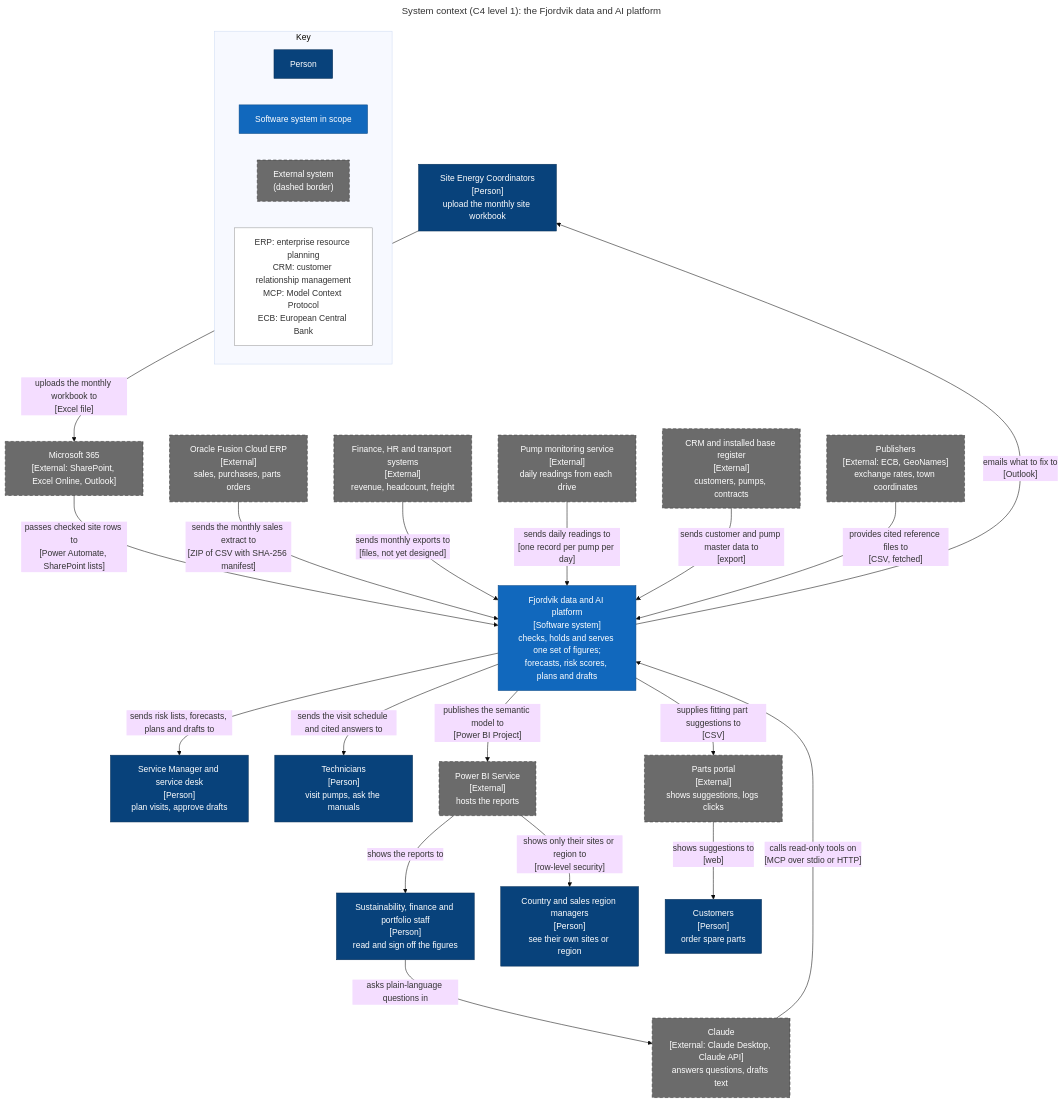
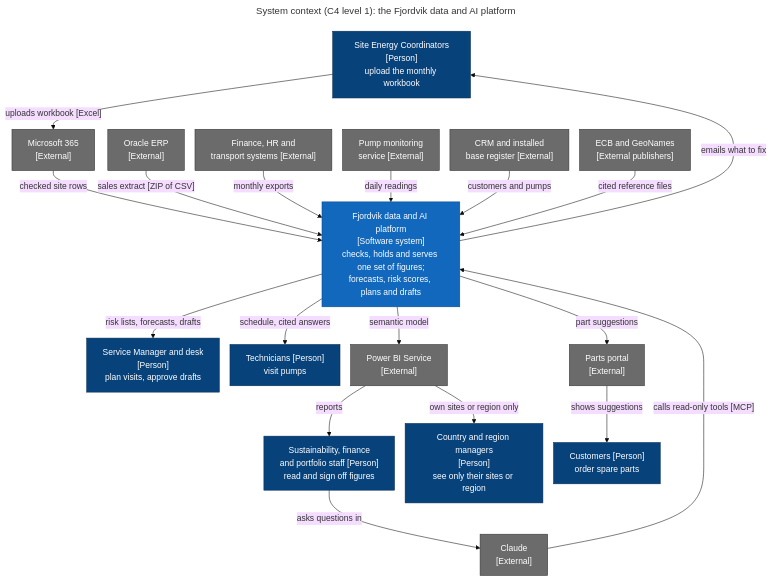
One commit to voneeci/fjordvik changed the second of 5 diagrams in docs/architecture.md. Above: the diagram before and after it, drawn with Mermaid (base theme). The commit also changed other lines of this file and 5 other files, not shown here.

First line of the commit message:
docs: concepts and methods, plant data flow, business names on drawings

````diff
--- a/docs/architecture.md
+++ b/docs/architecture.md
@@ -31,55 +150,52 @@
 ```mermaid
 ---
+config:
+  flowchart:
+    nodeSpacing: 20
+    rankSpacing: 35
 title: "System context (C4 level 1): the Fjordvik data and AI platform"
 ---
 flowchart TB
+    accTitle: System context of the Fjordvik data and AI platform
+    accDescr: Six groups of people and nine external systems around one platform. Site energy coordinators upload workbooks through Microsoft 365; the ERP, finance, HR and transport systems, the pump monitoring service, the CRM and two publishers send data in; the platform publishes to the Power BI Service, answers Claude's read-only tool calls, sends risk lists and drafts to the service team, schedules and answers to technicians, and part suggestions to the parts portal.
     classDef person fill:#08427b,color:#ffffff,stroke:#052e56
     classDef system fill:#1168bd,color:#ffffff,stroke:#0b4884
-    classDef external fill:#6b6b6b,color:#ffffff,stroke:#333333,stroke-dasharray:6 4
-    classDef note fill:#ffffff,color:#333333,stroke:#999999
+    classDef external fill:#6b6b6b,color:#ffffff,stroke:#333333
 
-    subgraph KEY["Key"]
-        direction LR
-        K1["Person"]:::person
-        K2["Software system in scope"]:::system
-        K3["External system<br/>(dashed border)"]:::external
-        K4["ERP: enterprise resource planning<br/>CRM: customer relationship management<br/>MCP: Model Context Protocol<br/>ECB: European Central Bank"]:::note
-    end
-
-    SEC["Site Energy Coordinators<br/>[Person]<br/>upload the monthly site workbook"]:::person
-    OFFICE["Sustainability, finance and portfolio staff<br/>[Person]<br/>read and sign off the figures"]:::person
-    MGR["Country and sales region managers<br/>[Person]<br/>see their own sites or region"]:::person
-    SVC["Service Manager and service desk<br/>[Person]<br/>plan visits, approve drafts"]:::person
-    TECH["Technicians<br/>[Person]<br/>visit pumps, ask the manuals"]:::person
-    CUST["Customers<br/>[Person]<br/>order spare parts"]:::person
+    SEC["Site Energy Coordinators<br/>[Person]<br/>upload the monthly workbook"]:::person
+    OFFICE["Sustainability, finance<br/>and portfolio staff [Person]<br/>read and sign off figures"]:::person
+    MGR["Country and region managers<br/>[Person]<br/>see only their sites or region"]:::person
+    SVC["Service Manager and desk<br/>[Person]<br/>plan visits, approve drafts"]:::person
+    TECH["Technicians [Person]<br/>visit pumps"]:::person
+    CUST["Customers [Person]<br/>order spare parts"]:::person
 
     P["Fjordvik data and AI platform<br/>[Software system]<br/>checks, holds and serves one set of figures;<br/>forecasts, risk scores, plans and drafts"]:::system
 
-    M365["Microsoft 365<br/>[External: SharePoint, Excel Online, Outlook]"]:::external
-    ERP["Oracle Fusion Cloud ERP<br/>[External]<br/>sales, purchases, parts orders"]:::external
-    FINHR["Finance, HR and transport systems<br/>[External]<br/>revenue, headcount, freight"]:::external
-    MON["Pump monitoring service<br/>[External]<br/>daily readings from each drive"]:::external
-    CRM["CRM and installed base register<br/>[External]<br/>customers, pumps, contracts"]:::external
-    PUB["Publishers<br/>[External: ECB, GeoNames]<br/>exchange rates, town coordinates"]:::external
-    PBI["Power BI Service<br/>[External]<br/>hosts the reports"]:::external
-    CLAUDE["Claude<br/>[External: Claude Desktop, Claude API]<br/>answers questions, drafts text"]:::external
-    PORTAL["Parts portal<br/>[External]<br/>shows suggestions, logs clicks"]:::external
+    M365["Microsoft 365<br/>[External]"]:::external
+    ERP["Oracle ERP<br/>[External]"]:::external
+    FINHR["Finance, HR and<br/>transport systems [External]"]:::external
+    MON["Pump monitoring<br/>service [External]"]:::external
+    CRM["CRM and installed<br/>base register [External]"]:::external
+    PUB["ECB and GeoNames<br/>[External publishers]"]:::external
+    PBI["Power BI Service<br/>[External]"]:::external
+    CLAUDE["Claude<br/>[External]"]:::external
+    PORTAL["Parts portal<br/>[External]"]:::external
 
-    SEC -->|"uploads the monthly workbook to<br/>[Excel file]"| M365
-    M365 -->|"passes checked site rows to<br/>[Power Automate, SharePoint lists]"| P
-    P -->|"emails what to fix to<br/>[Outlook]"| SEC
-    ERP -->|"sends the monthly sales extract to<br/>[ZIP of CSV with SHA-256 manifest]"| P
-    FINHR -->|"sends monthly exports to<br/>[files, not yet designed]"| P
-    MON -->|"sends daily readings to<br/>[one record per pump per day]"| P
-    CRM -->|"sends customer and pump master data to<br/>[export]"| P
-    PUB -->|"provides cited reference files to<br/>[CSV, fetched]"| P
-    P -->|"publishes the semantic model to<br/>[Power BI Project]"| PBI
-    PBI -->|"shows the reports to"| OFFICE
-    PBI -->|"shows only their sites or region to<br/>[row-level security]"| MGR
-    OFFICE -->|"asks plain-language questions in"| CLAUDE
-    CLAUDE -->|"calls read-only tools on<br/>[MCP over stdio or HTTP]"| P
-    P -->|"sends risk lists, forecasts, plans and drafts to"| SVC
-    P -->|"sends the visit schedule and cited answers to"| TECH
-    P -->|"supplies fitting part suggestions to<br/>[CSV]"| PORTAL
-    PORTAL -->|"shows suggestions to<br/>[web]"| CUST
+    SEC -->|"uploads workbook [Excel]"| M365
+    M365 -->|"checked site rows"| P
+    P -->|"emails what to fix"| SEC
+    ERP -->|"sales extract [ZIP of CSV]"| P
+    FINHR -->|"monthly exports"| P
+    MON -->|"daily readings"| P
+    CRM -->|"customers and pumps"| P
+    PUB -->|"cited reference files"| P
+    P -->|"semantic model"| PBI
+    PBI -->|"reports"| OFFICE
+    PBI -->|"own sites or region only"| MGR
+    OFFICE -->|"asks questions in"| CLAUDE
+    CLAUDE -->|"calls read-only tools [MCP]"| P
+    P -->|"risk lists, forecasts, drafts"| SVC
+    P -->|"schedule, cited answers"| TECH
+    P -->|"part suggestions"| PORTAL
+    PORTAL -->|"shows suggestions"| CUST
 ```
````
